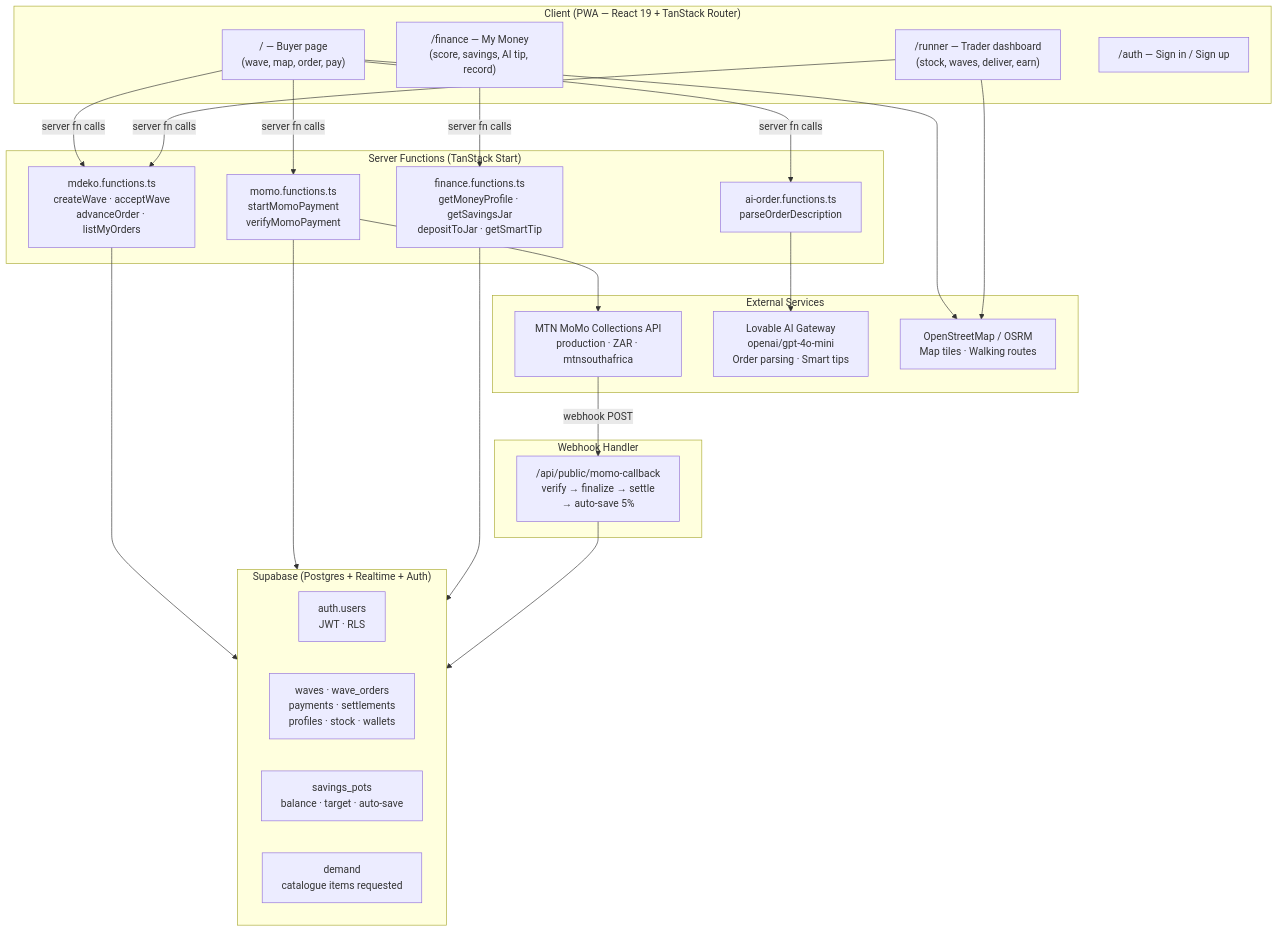
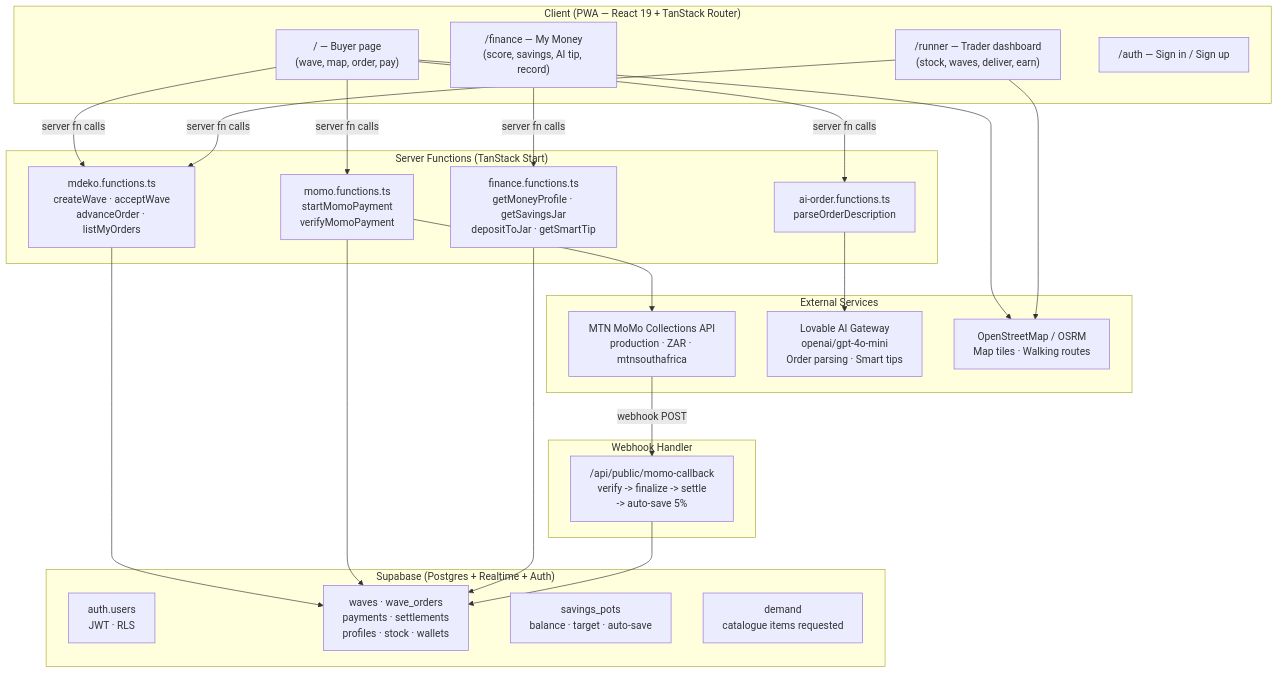
One commit to mpho0sekati/veggie-wave-delivery changed the first of 5 diagrams in README.md. Above: the diagram before and after it, drawn with Mermaid. The commit also changed other lines of this file, not shown here.

Commit message:
Fix Mermaid diagrams in README to use more broadly compatible syntax so they render reliably in GitHub and markdown viewers

````diff
--- a/README.md
+++ b/README.md
@@ -23,51 +23,51 @@
 ```mermaid
-graph TB
+flowchart TB
     subgraph Client["Client (PWA — React 19 + TanStack Router)"]
         BuyerPage["/ — Buyer page\n(wave, map, order, pay)"]
         TraderPage["/runner — Trader dashboard\n(stock, waves, deliver, earn)"]
         FinancePage["/finance — My Money\n(score, savings, AI tip, record)"]
         AuthPage["/auth — Sign in / Sign up"]
     end
 
     subgraph ServerFns["Server Functions (TanStack Start)"]
         WaveFns["mdeko.functions.ts\ncreateWave · acceptWave\nadvanceOrder · listMyOrders"]
         PayFns["momo.functions.ts\nstartMomoPayment\nverifyMomoPayment"]
         FinanceFns["finance.functions.ts\ngetMoneyProfile · getSavingsJar\ndepositToJar · getSmartTip"]
         AIFns["ai-order.functions.ts\nparseOrderDescription"]
     end
 
     subgraph External["External Services"]
         MoMo["MTN MoMo Collections API\nproduction · ZAR · mtnsouthafrica"]
         AIGateway["Lovable AI Gateway\nopenai/gpt-4o-mini\nOrder parsing · Smart tips"]
         OSM["OpenStreetMap / OSRM\nMap tiles · Walking routes"]
     end
 
     subgraph DB["Supabase (Postgres + Realtime + Auth)"]
         AuthDB["auth.users\nJWT · RLS"]
         CoreTables["waves · wave_orders\npayments · settlements\nprofiles · stock · wallets"]
         FinanceTable["savings_pots\nbalance · target · auto-save"]
         DemandTable["demand\ncatalogue items requested"]
     end
 
     subgraph Webhook["Webhook Handler"]
-        MoMoCB["/api/public/momo-callback\nverify → finalize → settle\n→ auto-save 5%"]
+        MoMoCB["/api/public/momo-callback\nverify -> finalize -> settle\n-> auto-save 5%"]
     end
 
     BuyerPage -->|server fn calls| WaveFns
     BuyerPage -->|server fn calls| PayFns
     BuyerPage -->|server fn calls| AIFns
     TraderPage -->|server fn calls| WaveFns
     FinancePage -->|server fn calls| FinanceFns
 
-    WaveFns --> DB
+    WaveFns --> CoreTables
     PayFns --> MoMo
-    PayFns --> DB
-    FinanceFns --> DB
+    PayFns --> CoreTables
+    FinanceFns --> CoreTables
     AIFns --> AIGateway
 
     MoMo -->|webhook POST| MoMoCB
-    MoMoCB --> DB
+    MoMoCB --> CoreTables
 
     BuyerPage --> OSM
     TraderPage --> OSM
 ```
````
